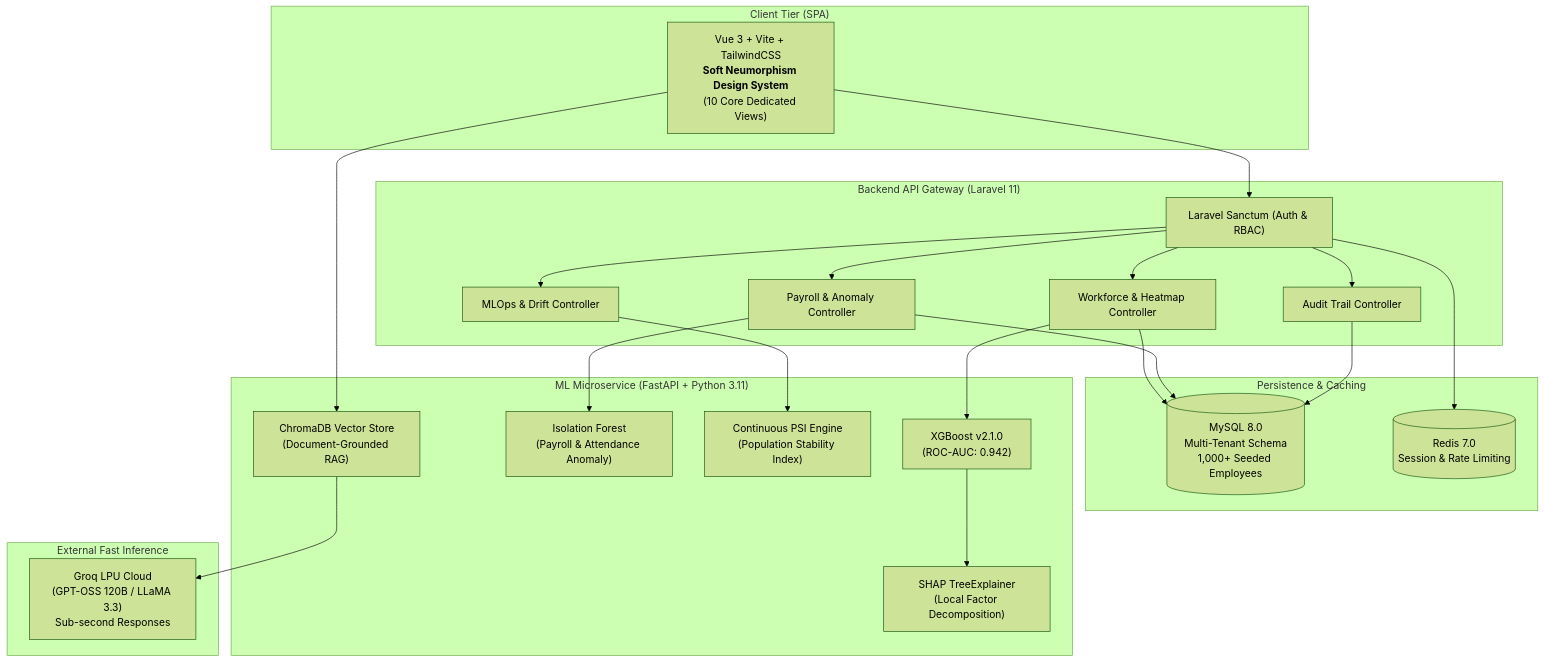
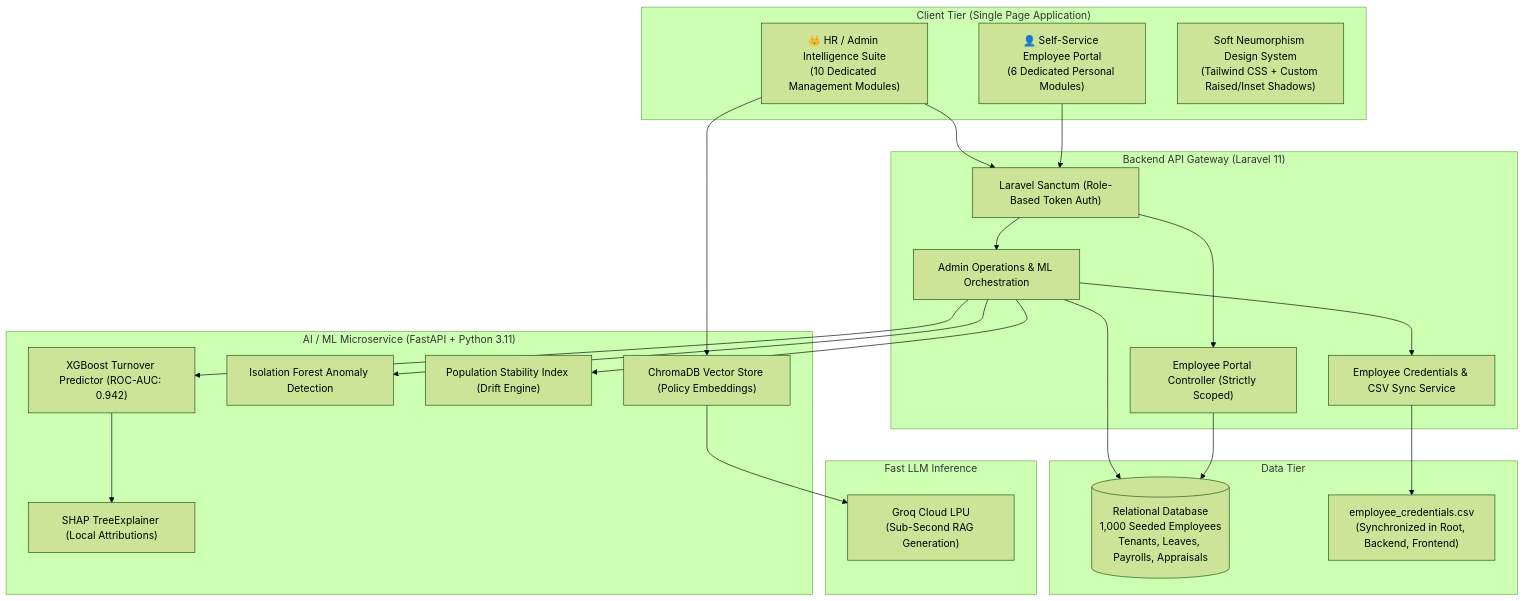
Before and after one commit to saudakbar484/People-AI: the diagram in README.md, drawn with Mermaid (forest theme). The commit also changed other lines of this file, not shown here.

Commit message:
docs: expand README with comprehensive HR/Admin Suite & Employee Portal documentation

````diff
--- a/README.md
+++ b/README.md
@@ -17,49 +16,48 @@
 ```mermaid
 flowchart TB
-    subgraph Client["Client Tier (SPA)"]
-        UI["Vue 3 + Vite + TailwindCSS<br/><b>Soft Neumorphism Design System</b><br/>(10 Core Dedicated Views)"]
+    subgraph Client["Client Tier (Single Page Application)"]
+        AdminPanel["👑 HR / Admin Intelligence Suite<br/>(10 Dedicated Management Modules)"]
+        EmpPortal["👤 Self-Service Employee Portal<br/>(6 Dedicated Personal Modules)"]
+        UIStyles["Soft Neumorphism Design System<br/>(Tailwind CSS + Custom Raised/Inset Shadows)"]
     end
 
-    subgraph API["Backend API Gateway (Laravel 11)"]
-        Sanctum["Laravel Sanctum (Auth & RBAC)"]
-        WorkforceCtrl["Workforce & Heatmap Controller"]
-        PayrollCtrl["Payroll & Anomaly Controller"]
-        ModelOpsCtrl["MLOps & Drift Controller"]
-        AuditLogCtrl["Audit Trail Controller"]
+    subgraph Gateway["Backend API Gateway (Laravel 11)"]
+        Sanctum["Laravel Sanctum (Role-Based Token Auth)"]
+        AdminCtrl["Admin Operations & ML Orchestration"]
+        PortalCtrl["Employee Portal Controller (Strictly Scoped)"]
+        CredService["Employee Credentials & CSV Sync Service"]
     end
 
-    subgraph Data["Persistence & Caching"]
-        MySQL[("MySQL 8.0<br/>Multi-Tenant Schema<br/>1,000+ Seeded Employees")]
-        Redis[("Redis 7.0<br/>Session & Rate Limiting")]
+    subgraph DataTier["Data Tier"]
+        DB[("Relational Database<br/>1,000 Seeded Employees<br/>Tenants, Leaves, Payrolls, Appraisals")]
+        CSV["employee_credentials.csv<br/>(Synchronized in Root, Backend, Frontend)"]
     end
 
-    subgraph ML["ML Microservice (FastAPI + Python 3.11)"]
-        XGB["XGBoost v2.1.0<br/>(ROC-AUC: 0.942)"]
-        SHAP["SHAP TreeExplainer<br/>(Local Factor Decomposition)"]
-        IsoForest["Isolation Forest<br/>(Payroll & Attendance Anomaly)"]
-        Drift["Continuous PSI Engine<br/>(Population Stability Index)"]
-        RAG["ChromaDB Vector Store<br/>(Document-Grounded RAG)"]
+    subgraph MLTier["AI / ML Microservice (FastAPI + Python 3.11)"]
+        XGB["XGBoost Turnover Predictor (ROC-AUC: 0.942)"]
+        SHAP["SHAP TreeExplainer (Local Attributions)"]
+        IsoForest["Isolation Forest Anomaly Detection"]
+        PSI["Population Stability Index (Drift Engine)"]
+        Chroma["ChromaDB Vector Store (Policy Embeddings)"]
     end
 
-    subgraph LLM["External Fast Inference"]
-        Groq["Groq LPU Cloud<br/>(GPT-OSS 120B / LLaMA 3.3)<br/>Sub-second Responses"]
+    subgraph Inference["Fast LLM Inference"]
+        Groq["Groq Cloud LPU<br/>(Sub-Second RAG Generation)"]
     end
 
-    UI --> Sanctum
-    Sanctum --> WorkforceCtrl
-    Sanctum --> PayrollCtrl
-    Sanctum --> ModelOpsCtrl
-    Sanctum --> AuditLogCtrl
+    AdminPanel --> Sanctum
+    EmpPortal --> Sanctum
+    Sanctum --> AdminCtrl
+    Sanctum --> PortalCtrl
+    AdminCtrl --> DB
+    PortalCtrl --> DB
+    AdminCtrl --> CredService
+    CredService --> CSV
 
-    WorkforceCtrl --> MySQL
-    PayrollCtrl --> MySQL
-    AuditLogCtrl --> MySQL
-    Sanctum --> Redis
-
-    PayrollCtrl --> IsoForest
-    WorkforceCtrl --> XGB
-    ModelOpsCtrl --> Drift
-    UI --> RAG
-    RAG --> Groq
+    AdminCtrl --> XGB
+    AdminCtrl --> IsoForest
+    AdminCtrl --> PSI
     XGB --> SHAP
+    AdminPanel --> Chroma
+    Chroma --> Groq
 ```
````
